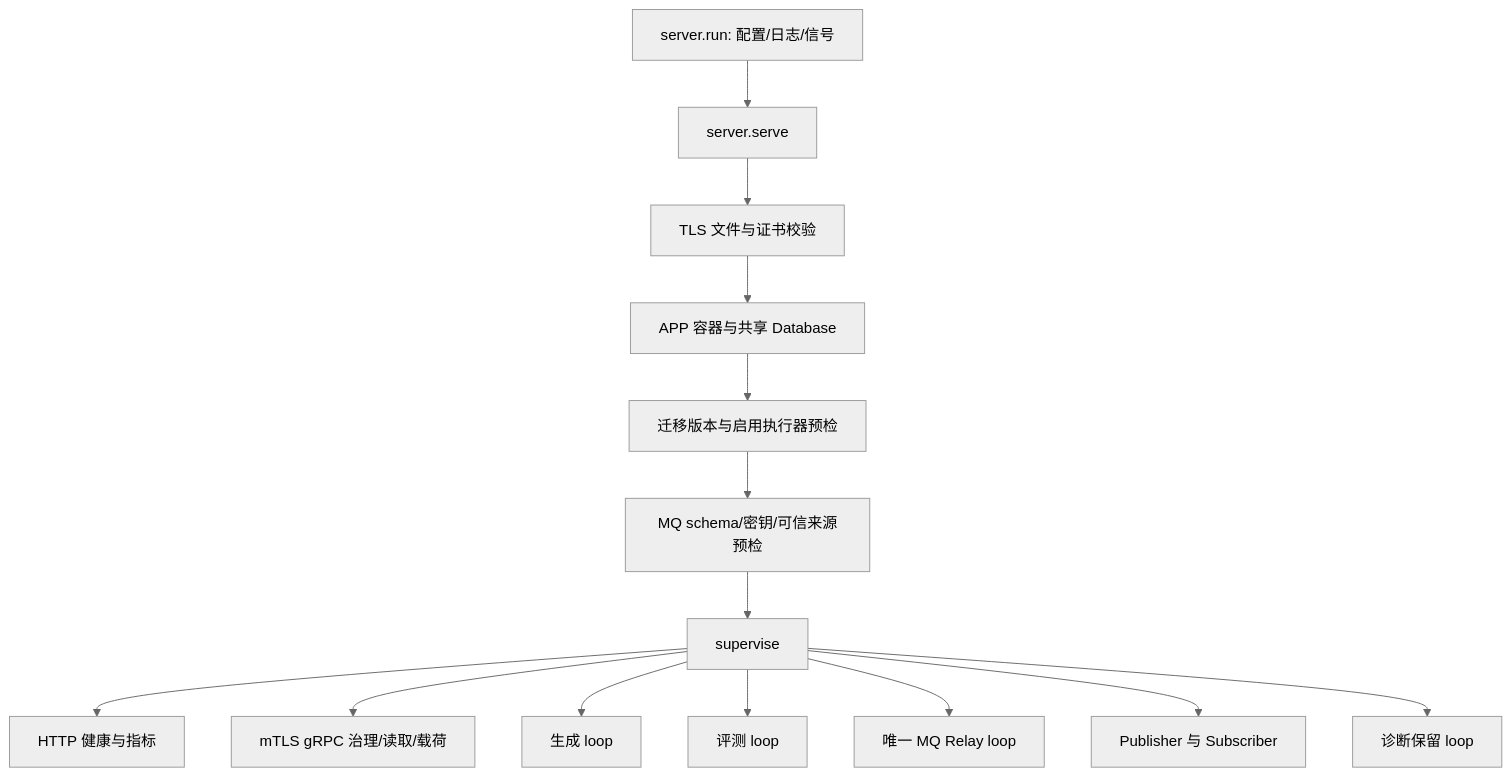
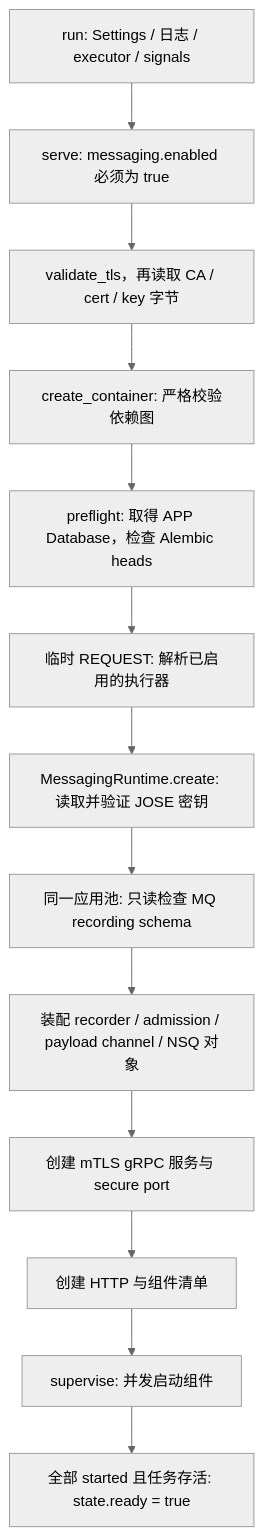
One commit to FangcunMount/qs-ai changed the second of 2 diagrams in docs/01-运行时/01-单进程架构与启动装配.md. Above: the diagram before and after it, drawn with Mermaid (neutral theme). The commit also changed other lines of this file and 1 other file, not shown here.

Commit message:
docs: explain concrete single-process boot sequence and gates

````diff
--- a/docs/01-运行时/01-单进程架构与启动装配.md
+++ b/docs/01-运行时/01-单进程架构与启动装配.md
@@ -11,16 +76,15 @@
 ```mermaid
 flowchart TD
-    Run[server.run: 配置/日志/信号] --> Serve[server.serve]
-    Serve --> TLS[TLS 文件与证书校验]
-    TLS --> DI[APP 容器与共享 Database]
-    DI --> Preflight[迁移版本与启用执行器预检]
-    Preflight --> MQ[MQ schema/密钥/可信来源预检]
-    MQ --> Supervisor[supervise]
-    Supervisor --> HTTP[HTTP 健康与指标]
-    Supervisor --> GRPC[mTLS gRPC 治理/读取/载荷]
-    Supervisor --> Generate[生成 loop]
-    Supervisor --> Evaluate[评测 loop]
-    Supervisor --> Relay[唯一 MQ Relay loop]
-    Supervisor --> Transport[Publisher 与 Subscriber]
-    Supervisor --> Retention[诊断保留 loop]
+    Settings["run: Settings / 日志 / executor / signals"] --> MQEnabled["serve: messaging.enabled 必须为 true"]
+    MQEnabled --> TLS["validate_tls，再读取 CA / cert / key 字节"]
+    TLS --> DI["create_container: 严格校验依赖图"]
+    DI --> DB["preflight: 取得 APP Database，检查 Alembic heads"]
+    DB --> Workers["临时 REQUEST: 解析已启用的执行器"]
+    Workers --> Keys["MessagingRuntime.create: 读取并验证 JOSE 密钥"]
+    Keys --> Recording["同一应用池: 只读检查 MQ recording schema"]
+    Recording --> Messaging["装配 recorder / admission / payload channel / NSQ 对象"]
+    Messaging --> GRPC["创建 mTLS gRPC 服务与 secure port"]
+    GRPC --> Components["创建 HTTP 与组件清单"]
+    Components --> Start["supervise: 并发启动组件"]
+    Start --> Ready["全部 started 且任务存活: state.ready = true"]
 ```
````
